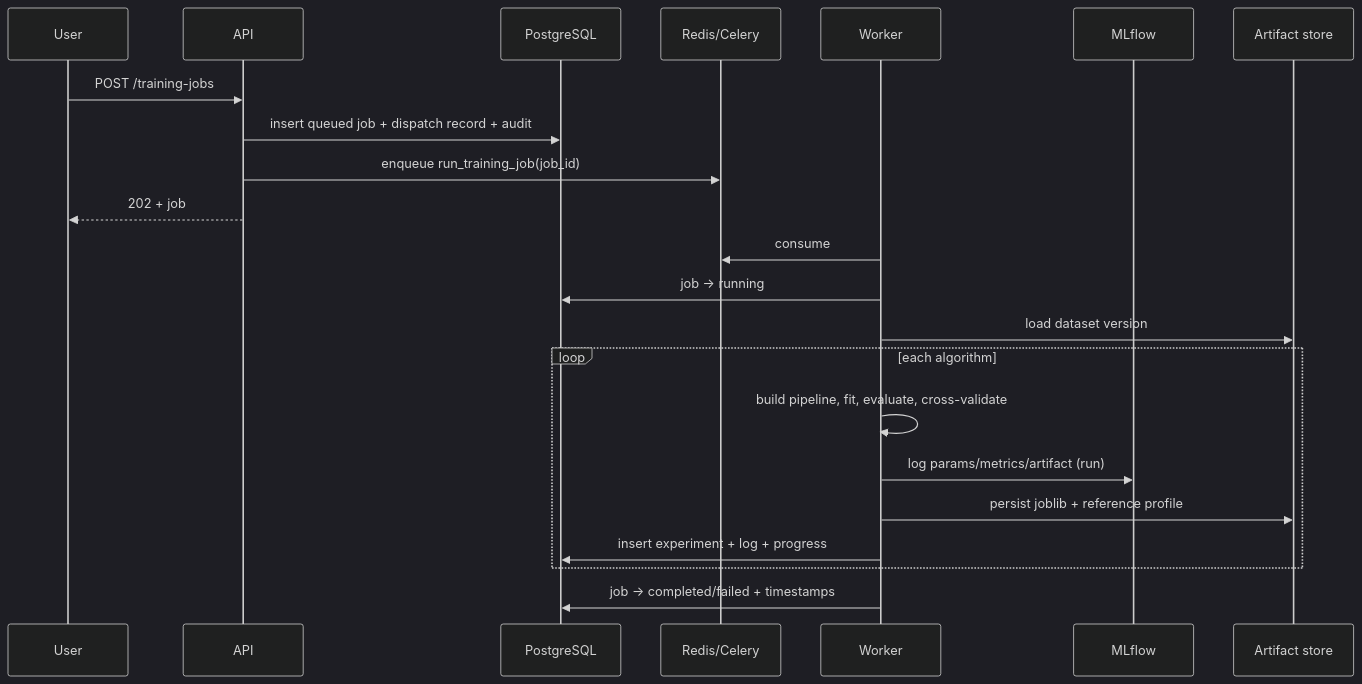
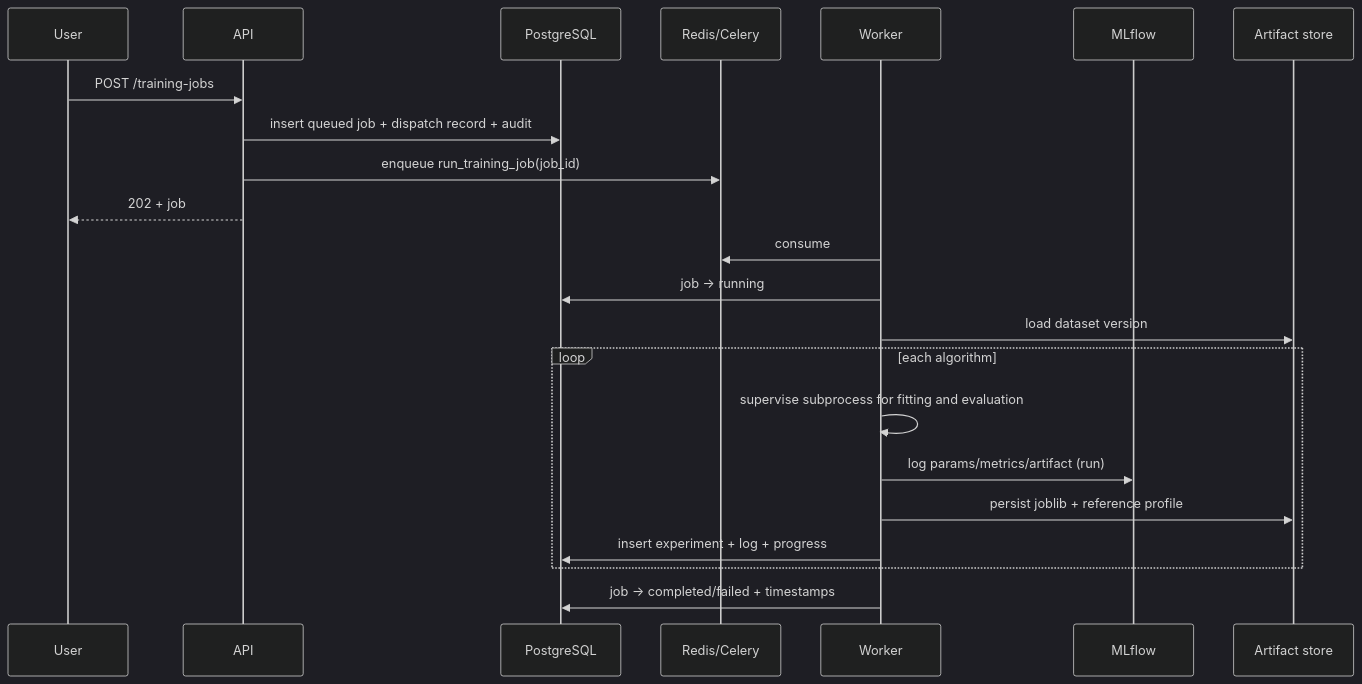
The second of 3 diagrams in docs/ARCHITECTURE.md (yuno7777/atlas-mlops), drawn with Mermaid (dark theme) before and after one commit. The commit also changed other lines of this file and 8 other files, not shown here.

Commit message:
Supervise isolated training fit processes

````diff
--- a/docs/ARCHITECTURE.md
+++ b/docs/ARCHITECTURE.md
@@ -86,25 +86,25 @@
 ```mermaid
 sequenceDiagram
   participant U as User
   participant A as API
   participant D as PostgreSQL
   participant Q as Redis/Celery
   participant W as Worker
   participant M as MLflow
   participant S as Artifact store
 
   U->>A: POST /training-jobs
   A->>D: insert queued job + dispatch record + audit
   A->>Q: enqueue run_training_job(job_id)
   A-->>U: 202 + job
   W->>Q: consume
   W->>D: job → running
   W->>S: load dataset version
   loop each algorithm
-    W->>W: build pipeline, fit, evaluate, cross-validate
+    W->>W: supervise subprocess for fitting and evaluation
     W->>M: log params/metrics/artifact (run)
     W->>S: persist joblib + reference profile
     W->>D: insert experiment + log + progress
   end
   W->>D: job → completed/failed + timestamps
 ```
````
